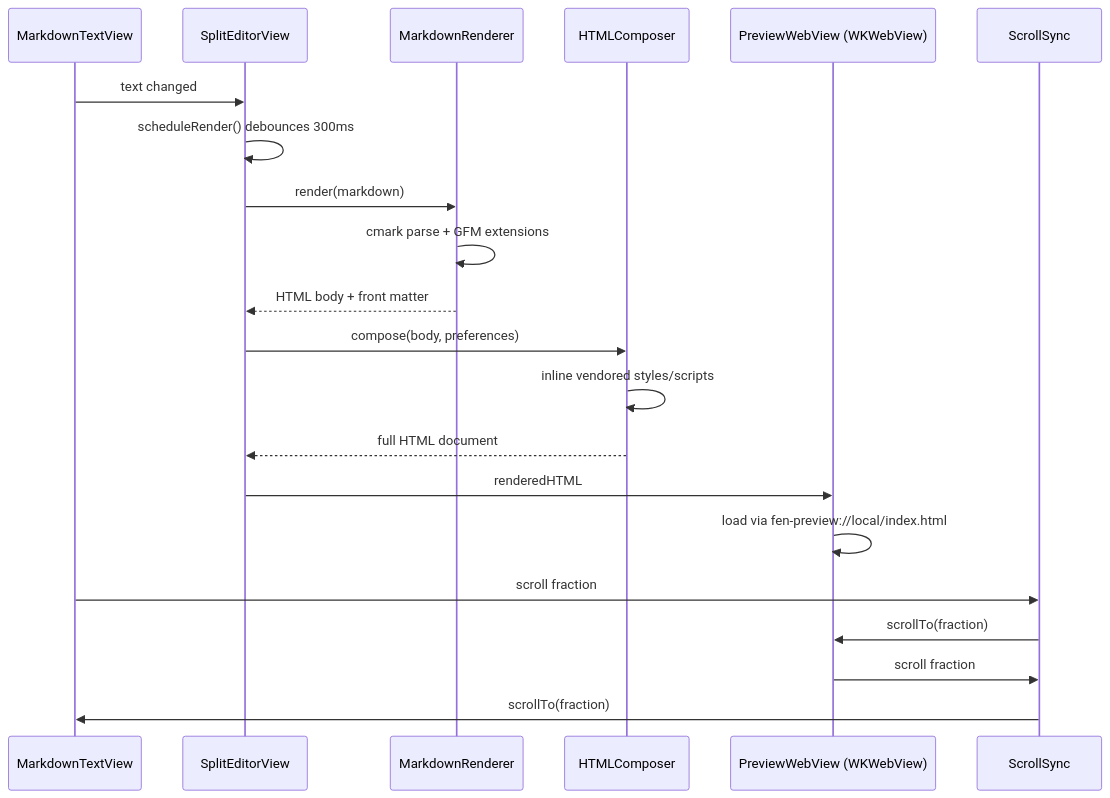
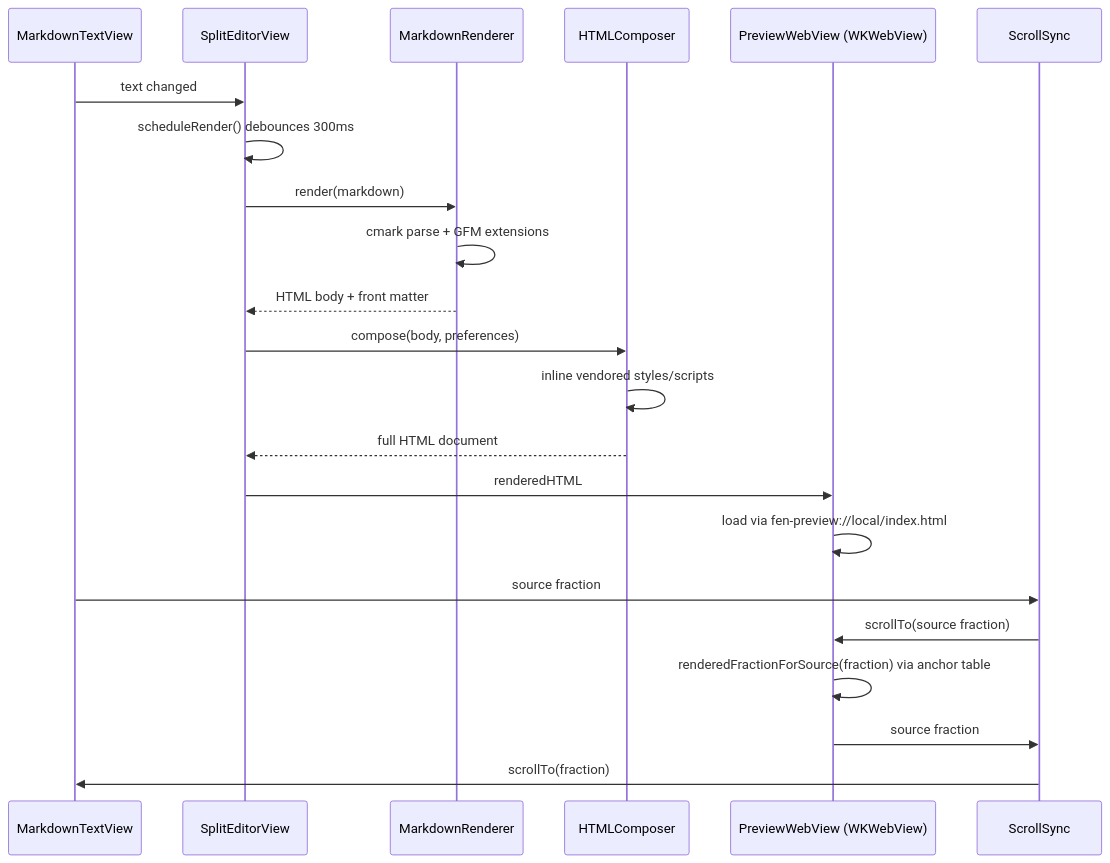
One commit to zoharbabin/fen changed the second of 7 diagrams in docs/ARCHITECTURE.md. Above: the diagram before and after it, drawn with Mermaid. The commit also changed other lines of this file and 23 other files, not shown here.

````diff
--- a/docs/ARCHITECTURE.md
+++ b/docs/ARCHITECTURE.md
@@ -23,24 +27,25 @@
 ```mermaid
 sequenceDiagram
     participant Editor as MarkdownTextView
     participant Split as SplitEditorView
     participant Renderer as MarkdownRenderer
     participant Composer as HTMLComposer
     participant Preview as PreviewWebView (WKWebView)
     participant Scroll as ScrollSync
 
     Editor->>Split: text changed
     Split->>Split: scheduleRender() debounces 300ms
     Split->>Renderer: render(markdown)
     Renderer->>Renderer: cmark parse + GFM extensions
     Renderer-->>Split: HTML body + front matter
     Split->>Composer: compose(body, preferences)
     Composer->>Composer: inline vendored styles/scripts
     Composer-->>Split: full HTML document
     Split->>Preview: renderedHTML
     Preview->>Preview: load via fen-preview://local/index.html
-    Editor->>Scroll: scroll fraction
-    Scroll->>Preview: scrollTo(fraction)
-    Preview->>Scroll: scroll fraction
+    Editor->>Scroll: source fraction
+    Scroll->>Preview: scrollTo(source fraction)
+    Preview->>Preview: renderedFractionForSource(fraction) via anchor table
+    Preview->>Scroll: source fraction
     Scroll->>Editor: scrollTo(fraction)
 ```
````
